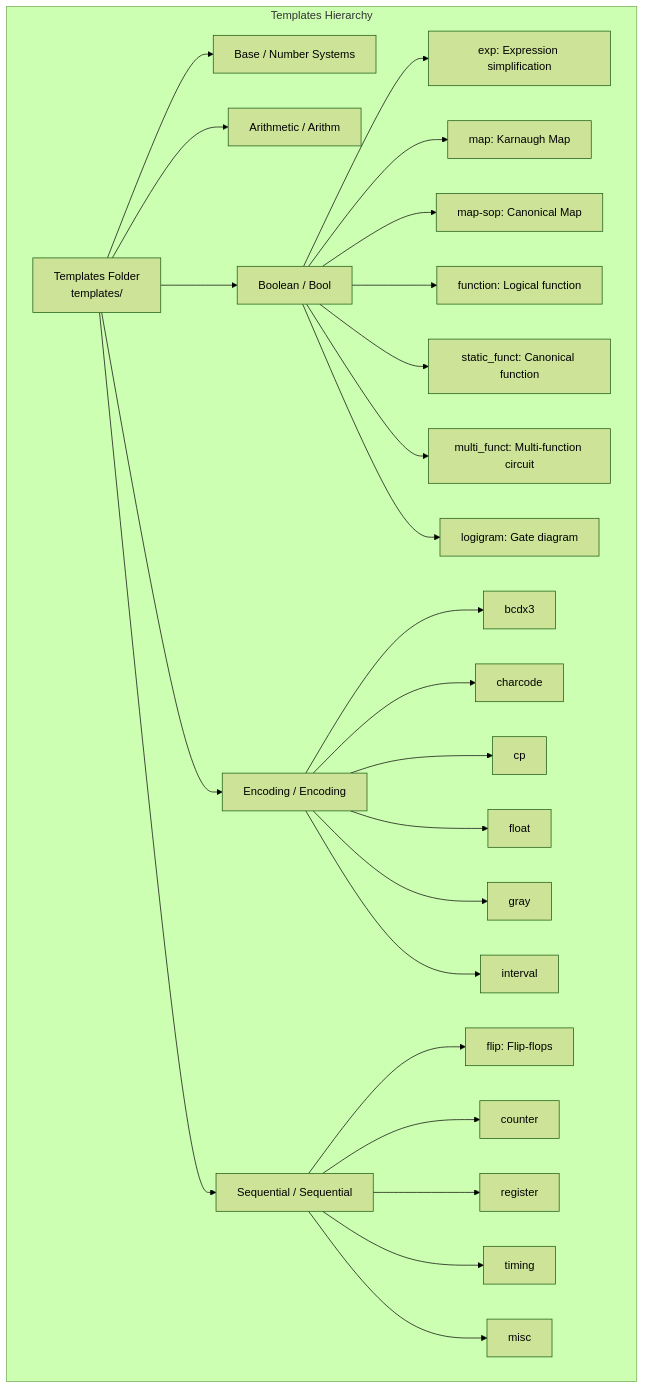
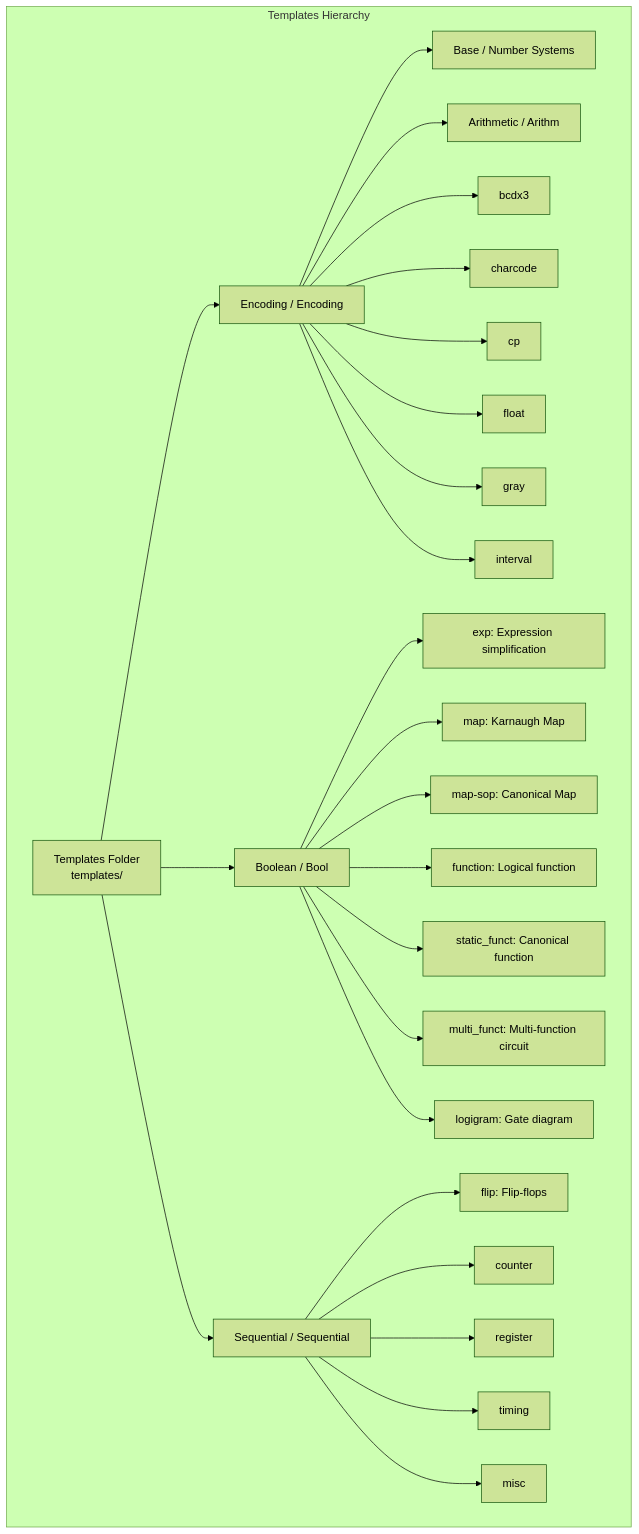
One commit to linuxscout/strm-tests changed the second of 3 diagrams in docs/Contribution.md. Above: the diagram before and after it, drawn with Mermaid (forest theme). The commit also changed other lines of this file, not shown here.

````diff
--- a/docs/Contribution.md
+++ b/docs/Contribution.md
@@ -59,34 +59,34 @@
 ```mermaid
 flowchart TB
     subgraph Templates Hierarchy
-        TEMPL[Templates Folder<br>templates/] --> BASE[Base / Number Systems]
-        TEMPL --> ARITH[Arithmetic / Arithm]
+        TEMPL[Templates Folder<br>templates/] --> ENC[Encoding / Encoding]
         TEMPL --> BOOL[Boolean / Bool]
-        TEMPL --> ENC[Encoding / Encoding]
         TEMPL --> SEQ[Sequential / Sequential]
 
+        %% Encoding Question Types
+        ENC --> BASE[Base / Number Systems]
+        ENC --> ARITH[Arithmetic / Arithm]
+        ENC --> BCD[bcdx3]
+        ENC --> CHAR[charcode]
+        ENC --> CP[cp]
+        ENC --> FLOAT[float]
+        ENC --> GRAY[gray]
+        ENC --> INTERVAL[interval]
+        
         %% Boolean Question Types
         BOOL --> EXP[exp: Expression simplification]
         BOOL --> MAP[map: Karnaugh Map]
         BOOL --> MAPSOP[map-sop: Canonical Map]
         BOOL --> FUNC[function: Logical function]
         BOOL --> STATIC[static_funct: Canonical function]
         BOOL --> MULTI[multi_funct: Multi-function circuit]
         BOOL --> LOGI[logigram: Gate diagram]
 
-        %% Encoding Question Types
-        ENC --> BCD[bcdx3]
-        ENC --> CHAR[charcode]
-        ENC --> CP[cp]
-        ENC --> FLOAT[float]
-        ENC --> GRAY[gray]
-        ENC --> INTERVAL[interval]
-
         %% Sequential Question Types
         SEQ --> FLIP[flip: Flip-flops]
         SEQ --> COUNTER[counter]
         SEQ --> REGISTER[register]
         SEQ --> TIMING[timing]
         SEQ --> MISC[misc]
     end
 ```
````
